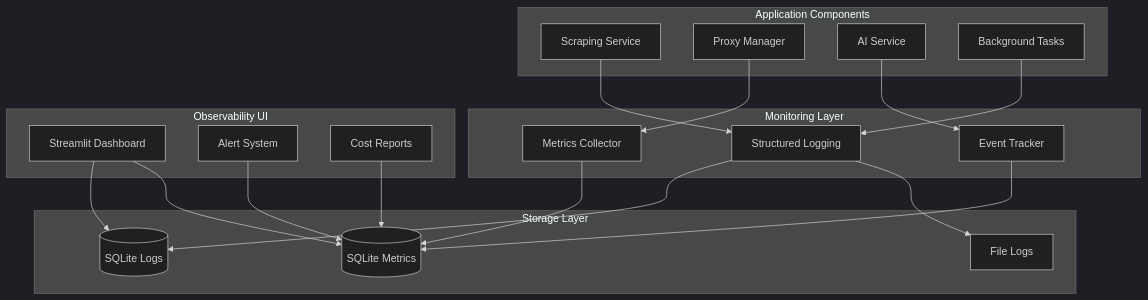
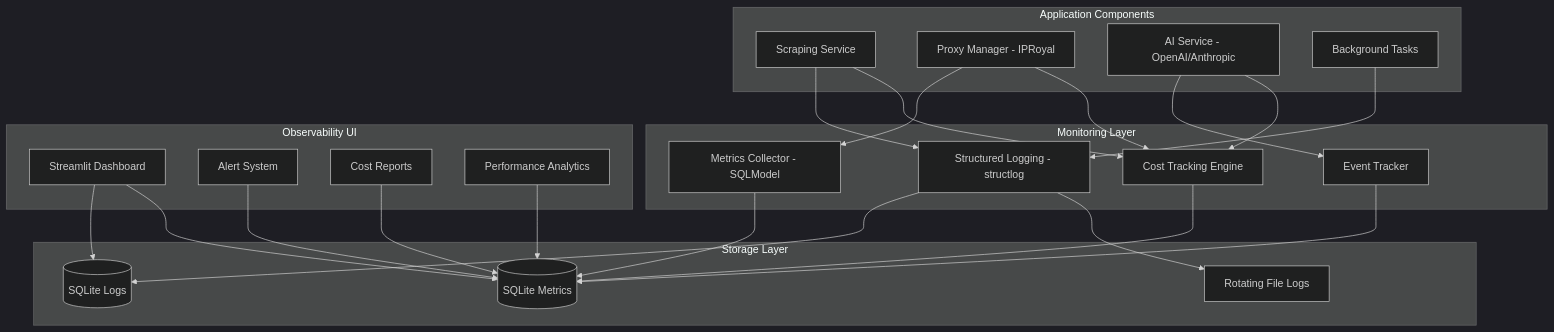
The diagram in docs/adrs/ADR-030-monitoring-observability-local-first.md (BjornMelin/ai-job-scraper), drawn with Mermaid (dark theme) before and after one commit. The commit also changed other lines of this file and 4 other files, not shown here.

````diff
--- a/docs/adrs/ADR-030-monitoring-observability-local-first.md
+++ b/docs/adrs/ADR-030-monitoring-observability-local-first.md
@@ -48,42 +91,50 @@
 ```mermaid
 graph TB
     subgraph "Application Components"
         SCRAPER[Scraping Service]
-        PROXY[Proxy Manager]
-        AI[AI Service]
+        PROXY[Proxy Manager - IPRoyal]
+        AI[AI Service - OpenAI/Anthropic]
         BG[Background Tasks]
     end
     
     subgraph "Monitoring Layer"
-        LOGGER[Structured Logging]
-        METRICS[Metrics Collector]
+        LOGGER[Structured Logging - structlog]
+        METRICS[Metrics Collector - SQLModel]
         EVENTS[Event Tracker]
+        COST[Cost Tracking Engine]
     end
     
     subgraph "Storage Layer"
         LOG_DB[(SQLite Logs)]
         METRICS_DB[(SQLite Metrics)]
-        FILE_LOGS[File Logs]
+        FILE_LOGS[Rotating File Logs]
     end
     
     subgraph "Observability UI"
         DASHBOARD[Streamlit Dashboard]
         ALERTS[Alert System]
         REPORTS[Cost Reports]
+        PERF[Performance Analytics]
     end
     
     SCRAPER --> LOGGER
     PROXY --> METRICS
     AI --> EVENTS
     BG --> LOGGER
     
+    SCRAPER --> COST
+    PROXY --> COST
+    AI --> COST
+    
     LOGGER --> LOG_DB
     LOGGER --> FILE_LOGS
     METRICS --> METRICS_DB
     EVENTS --> METRICS_DB
+    COST --> METRICS_DB
     
     DASHBOARD --> LOG_DB
     DASHBOARD --> METRICS_DB
     ALERTS --> METRICS_DB
     REPORTS --> METRICS_DB
+    PERF --> METRICS_DB
 ```
````
